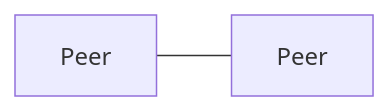
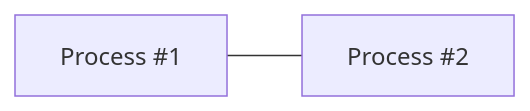
Before and after one commit to roninbar/ip-tcp-http: the first of 5 diagrams in README.md, drawn with Mermaid. The commit also changed other lines of this file, not shown here.

````diff
--- a/README.md
+++ b/README.md
@@ -156,4 +157,4 @@
         ```mermaid
         graph LR;
-        P1[Peer] --- P2[Peer]
+        P1[Process #1] --- P2[Process #2]
         ```
````
